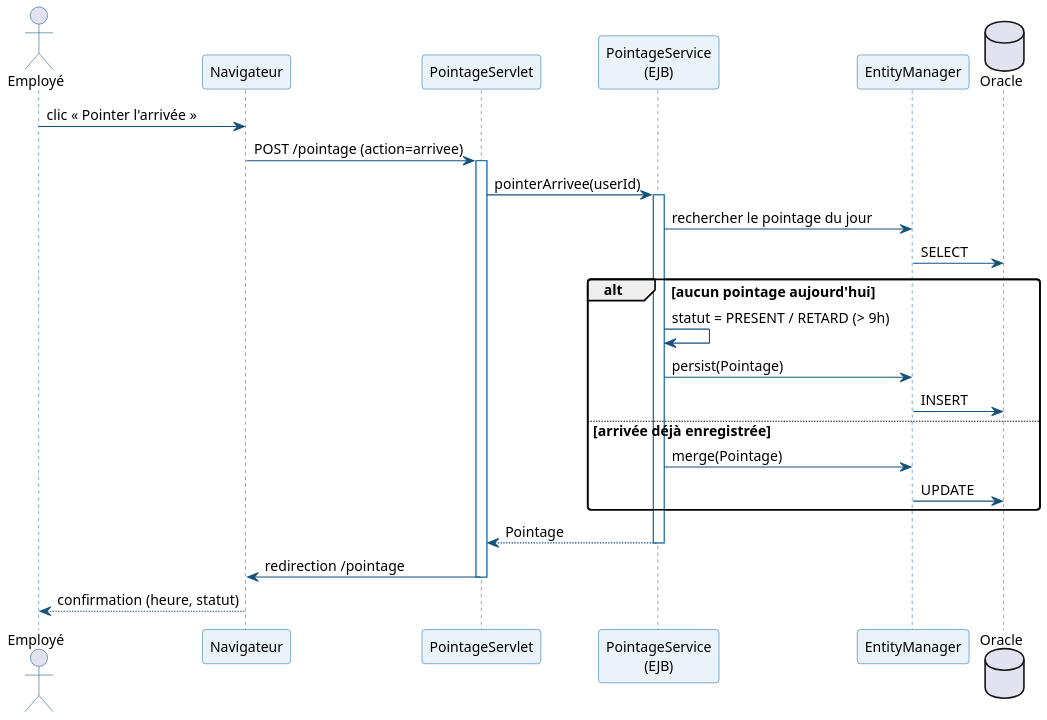
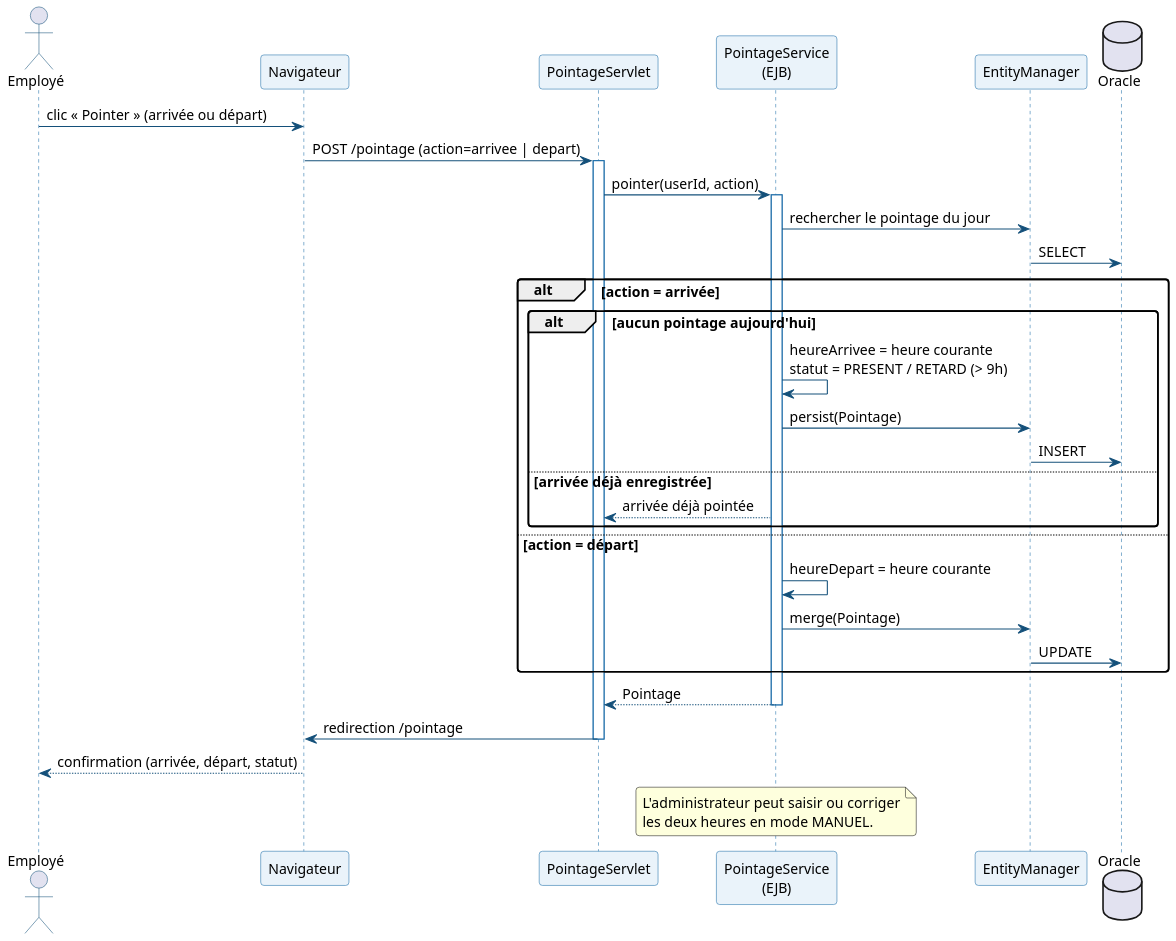
Before and after one commit to ZizouX0/oussema_korbosli: the diagram in rapport-latex/diagrams/seq_pointage.puml, drawn with PlantUML. The commit also changed 20 other files, not shown here.

```diff
--- a/rapport-latex/diagrams/seq_pointage.puml
+++ b/rapport-latex/diagrams/seq_pointage.puml
@@ -1,43 +1,52 @@
 @startuml
 
 skinparam dpi 150
 skinparam shadowing false
 skinparam DefaultFontName Arial
 skinparam DefaultFontSize 13
 skinparam ArrowColor #14507A
 skinparam roundCorner 6
 
 skinparam sequence {
   ArrowColor #14507A
   LifeLineBorderColor #1B6CA8
   ParticipantBorderColor #1B6CA8
   ParticipantBackgroundColor #EAF3FA
   ActorBorderColor #14507A
 }
 actor "Employé" as EMP
 participant "Navigateur" as NAV
 participant "PointageServlet" as SRV
 participant "PointageService\n(EJB)" as SVC
 participant "EntityManager" as EM
 database "Oracle" as DB
-EMP -> NAV : clic « Pointer l'arrivée »
-NAV -> SRV : POST /pointage (action=arrivee)
+EMP -> NAV : clic « Pointer » (arrivée ou départ)
+NAV -> SRV : POST /pointage (action=arrivee | depart)
 activate SRV
-SRV -> SVC : pointerArrivee(userId)
+SRV -> SVC : pointer(userId, action)
 activate SVC
 SVC -> EM : rechercher le pointage du jour
 EM -> DB : SELECT
-alt aucun pointage aujourd'hui
-  SVC -> SVC : statut = PRESENT / RETARD (> 9h)
-  SVC -> EM : persist(Pointage)
-  EM -> DB : INSERT
-else arrivée déjà enregistrée
+alt action = arrivée
+  alt aucun pointage aujourd'hui
+    SVC -> SVC : heureArrivee = heure courante\nstatut = PRESENT / RETARD (> 9h)
+    SVC -> EM : persist(Pointage)
+    EM -> DB : INSERT
+  else arrivée déjà enregistrée
+    SVC --> SRV : arrivée déjà pointée
+  end
+else action = départ
+  SVC -> SVC : heureDepart = heure courante
   SVC -> EM : merge(Pointage)
   EM -> DB : UPDATE
 end
 SVC --> SRV : Pointage
 deactivate SVC
 SRV -> NAV : redirection /pointage
 deactivate SRV
-NAV --> EMP : confirmation (heure, statut)
+NAV --> EMP : confirmation (arrivée, départ, statut)
+note over SVC
+  L'administrateur peut saisir ou corriger
+  les deux heures en mode MANUEL.
+end note
 @enduml
```
